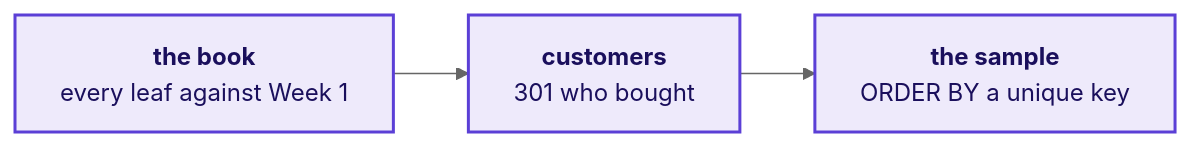
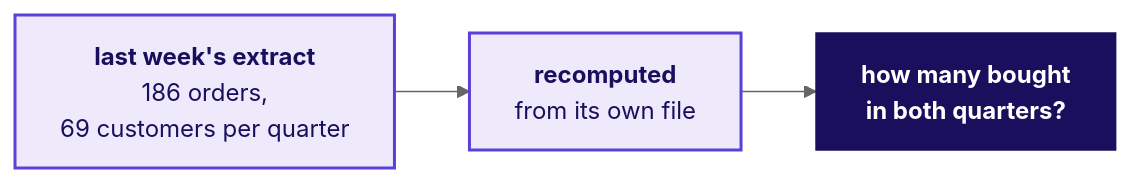
The ninth of 22 diagrams in content/W02/D1/slides/C2_W02_D01_half1_STUDENT.md (fde-academy-lab/c2-content-factory), drawn with Mermaid (neutral theme) before and after one commit. The commit also changed other lines of this file and 3 other files, not shown here.

````diff
--- a/content/W02/D1/slides/C2_W02_D01_half1_STUDENT.md
+++ b/content/W02/D1/slides/C2_W02_D01_half1_STUDENT.md
@@ -491,6 +604,9 @@
 ```mermaid
 flowchart LR
-    A["<b>the book</b><br/>every leaf against Week 1"] --> B["<b>customers</b><br/>301 who bought"] --> C["<b>the sample</b><br/>ORDER BY a unique key"]
+    F["<b>last week's extract</b><br/>186 orders,<br/>69 customers per quarter"] --> R["<b>recomputed</b><br/>from its own file"]
+    R --> B["<b>how many bought<br/>in both quarters?</b>"]
     classDef known fill:#EEEAFB,stroke:#5B3FD6,color:#1A0F5C,stroke-width:2px
-    class A,B,C known
+    classDef bet fill:#1A0F5C,stroke:#1A0F5C,color:#FFFFFF
+    class F,R known
+    class B bet
 ```
````
